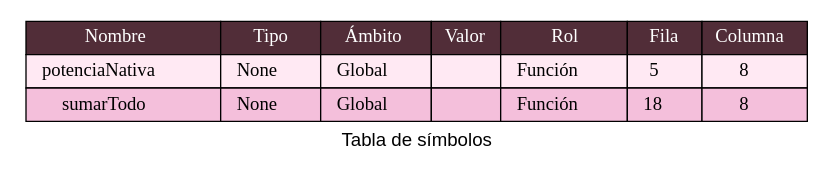
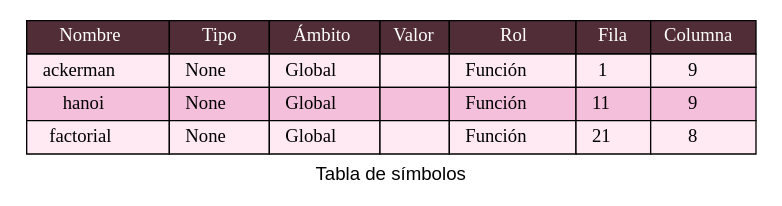
Before and after one commit to LuisaMariaO/OLC2P1-Luisa-Ortiz-Marjorie-Reyes: the diagram in Fase 1/backend/TablaSimbolos.dot, drawn with Graphviz. The commit also changed 70 other files, not shown here.

```diff
--- a/Fase 1/backend/TablaSimbolos.dot
+++ b/Fase 1/backend/TablaSimbolos.dot
@@ -1,36 +1,45 @@
 digraph {
             fontname="Arial"
             label = "Tabla de símbolos"
             node[shape=none]
             n1[label=<
             <table BORDER="0" CELLBORDER="1" CELLSPACING="0" CELLPADDING="4">]
             <tr>
             <td bgcolor="#512D38"> <font color="white">Nombre </font></td>
             <td bgcolor="#512D38"> <font color="white">Tipo</font></td>
             <td bgcolor="#512D38"> <font color="white">Ámbito</font></td>
             <td bgcolor="#512D38"> <font color="white">Valor</font></td>
             <td bgcolor="#512D38"> <font color="white">Rol</font></td>
             <td bgcolor="#512D38"> <font color="white">Fila</font></td>
             <td bgcolor="#512D38"> <font color="white">Columna</font></td>
             </tr>
 <tr>
-<td bgcolor="#FFE9F3">   potenciaNativa   </td>
+<td bgcolor="#FFE9F3">   ackerman   </td>
 <td bgcolor="#FFE9F3">   None   </td>
 <td bgcolor="#FFE9F3">   Global   </td>
 <td bgcolor="#FFE9F3">       </td>
 <td bgcolor="#FFE9F3">   Función   </td>
-<td bgcolor="#FFE9F3">   5   </td>
-<td bgcolor="#FFE9F3">   8   </td>
+<td bgcolor="#FFE9F3">   1   </td>
+<td bgcolor="#FFE9F3">   9   </td>
 </tr>
 <tr>
-<td bgcolor="#F4BFDB">   sumarTodo   </td>
+<td bgcolor="#F4BFDB">   hanoi   </td>
 <td bgcolor="#F4BFDB">   None   </td>
 <td bgcolor="#F4BFDB">   Global   </td>
 <td bgcolor="#F4BFDB">       </td>
 <td bgcolor="#F4BFDB">   Función   </td>
-<td bgcolor="#F4BFDB">   18   </td>
-<td bgcolor="#F4BFDB">   8   </td>
+<td bgcolor="#F4BFDB">   11   </td>
+<td bgcolor="#F4BFDB">   9   </td>
+</tr>
+<tr>
+<td bgcolor="#FFE9F3">   factorial   </td>
+<td bgcolor="#FFE9F3">   None   </td>
+<td bgcolor="#FFE9F3">   Global   </td>
+<td bgcolor="#FFE9F3">       </td>
+<td bgcolor="#FFE9F3">   Función   </td>
+<td bgcolor="#FFE9F3">   21   </td>
+<td bgcolor="#FFE9F3">   8   </td>
 </tr>
 </table>
     >]
     }
```
